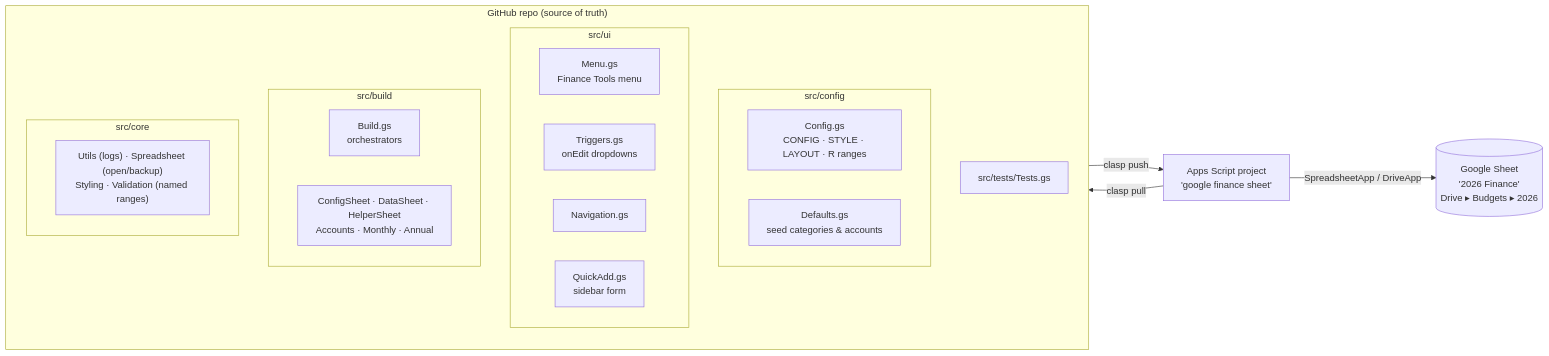
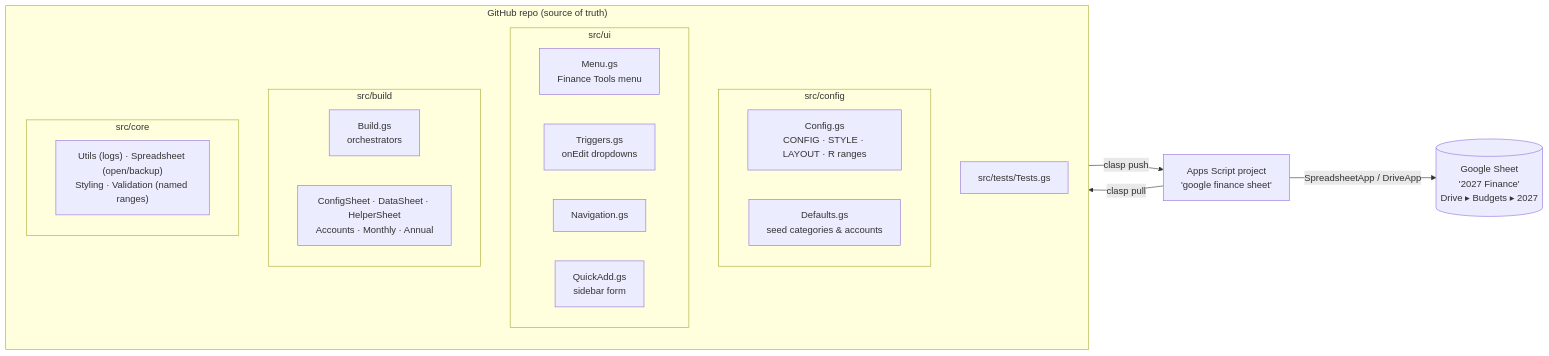
Before and after one commit to suraj9741/personal-finance-workbook: the first of 3 diagrams in README.md, drawn with Mermaid. The commit also changed other lines of this file and 3 other files, not shown here.

````diff
--- a/README.md
+++ b/README.md
@@ -32,28 +32,28 @@
 ```mermaid
 flowchart LR
   subgraph repo["GitHub repo (source of truth)"]
     direction TB
     subgraph cfg["src/config"]
       Config["Config.gs<br/>CONFIG · STYLE · LAYOUT · R ranges"]
       Defaults["Defaults.gs<br/>seed categories & accounts"]
     end
     subgraph ui["src/ui"]
       Menu["Menu.gs<br/>Finance Tools menu"]
       Triggers["Triggers.gs<br/>onEdit dropdowns"]
       Nav["Navigation.gs"]
       Quick["QuickAdd.gs<br/>sidebar form"]
     end
     subgraph build["src/build"]
       Build["Build.gs<br/>orchestrators"]
       Sheets["ConfigSheet · DataSheet · HelperSheet<br/>Accounts · Monthly · Annual"]
     end
     subgraph core["src/core"]
       Core["Utils (logs) · Spreadsheet (open/backup)<br/>Styling · Validation (named ranges)"]
     end
     Tests["src/tests/Tests.gs"]
   end
 
   repo -- "clasp push" --> GAS["Apps Script project<br/>'google finance sheet'"]
   GAS -- "clasp pull" --> repo
-  GAS -- "SpreadsheetApp / DriveApp" --> Sheet[("Google Sheet<br/>'2026 Finance'<br/>Drive ▸ Budgets ▸ 2026")]
+  GAS -- "SpreadsheetApp / DriveApp" --> Sheet[("Google Sheet<br/>'2027 Finance'<br/>Drive ▸ Budgets ▸ 2027")]
 ```
````
